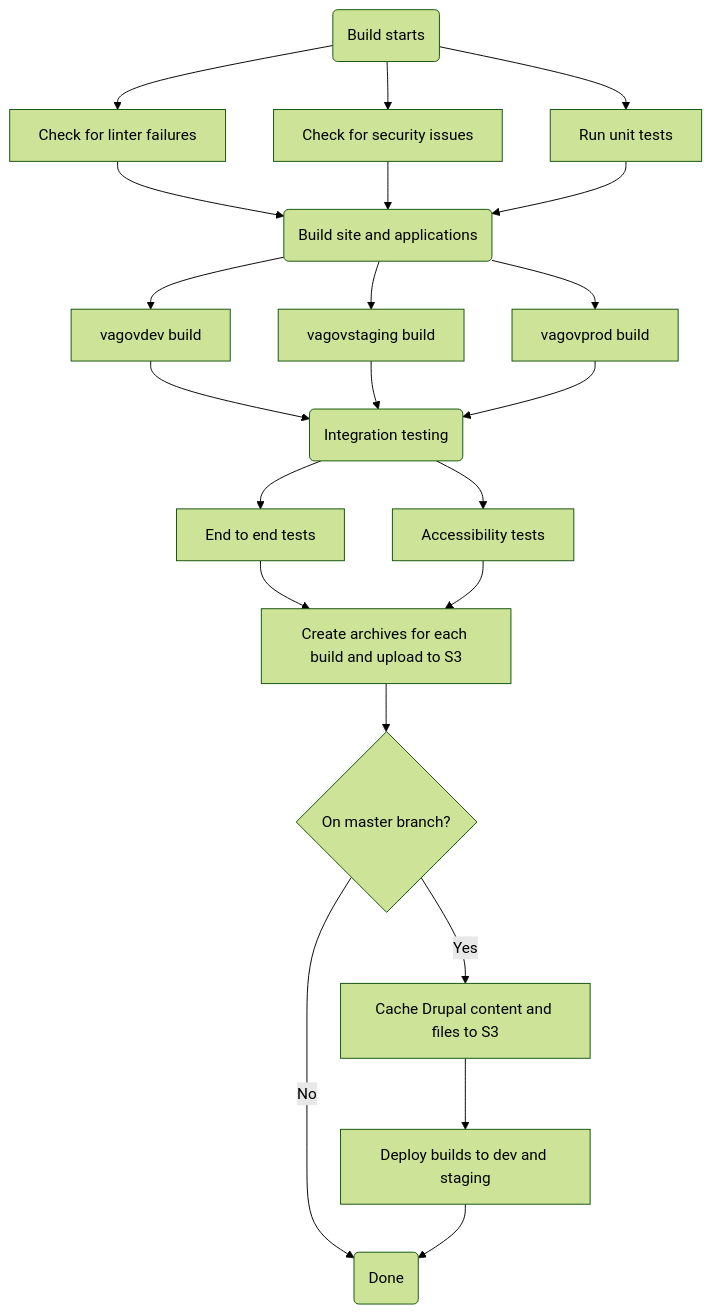
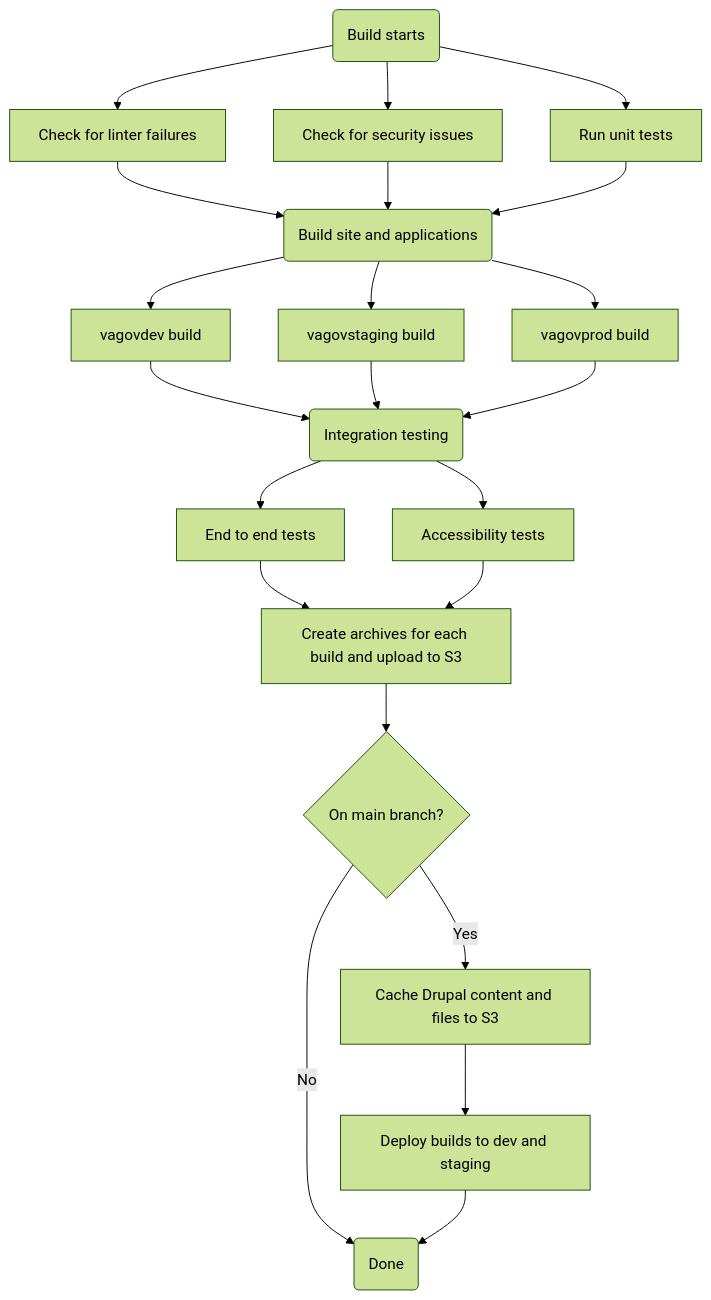
The first of 4 diagrams in packages/documentation/src/pages/platform/architecture/build-deploy-flows.mdx (department-of-veterans-affairs/veteran-facing-services-tools), drawn with Mermaid (forest theme) before and after one commit. The commit also changed other lines of this file and 13 other files, not shown here.

Commit message:
update documentation references to master branch of vets-website / content-build to main

````diff
--- a/packages/documentation/src/pages/platform/architecture/build-deploy-flows.mdx
+++ b/packages/documentation/src/pages/platform/architecture/build-deploy-flows.mdx
@@ -24,25 +36,25 @@
 ```mermaid
 graph TD
 1(Build starts)
 1 --> 2[Check for linter failures]
 1 --> 3[Check for security issues]
 1 --> 4[Run unit tests]
 2 --> 5(Build site and applications)
 3 --> 5
 4 --> 5
 5 --> 6[vagovdev build]
 5 --> 7[vagovstaging build]
 5 --> 8[vagovprod build]
 6 --> 9(Integration testing)
 7 --> 9
 8 --> 9
 9 --> 10[Accessibility tests]
 9 --> 11[End to end tests]
 11 --> 12[Create archives for each build and upload to S3]
 10 --> 12
-12 --> 13{On master branch?}
+12 --> 13{On main branch?}
 13 -->|Yes| 14[Cache Drupal content and files to S3]
 14 --> 15[Deploy builds to dev and staging]
 13 -->|No| 16(Done)
 15 -->16
 ```
````
